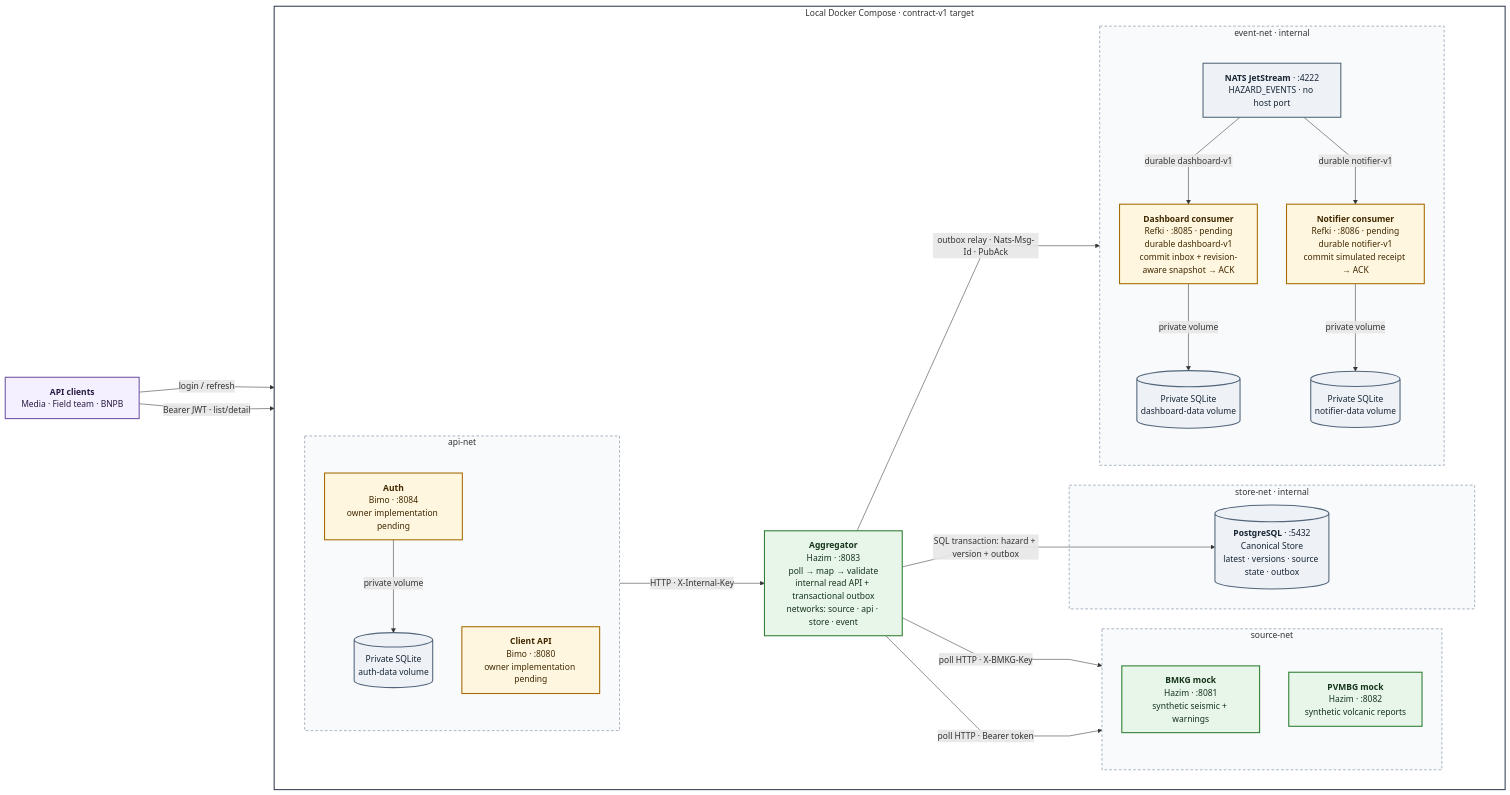
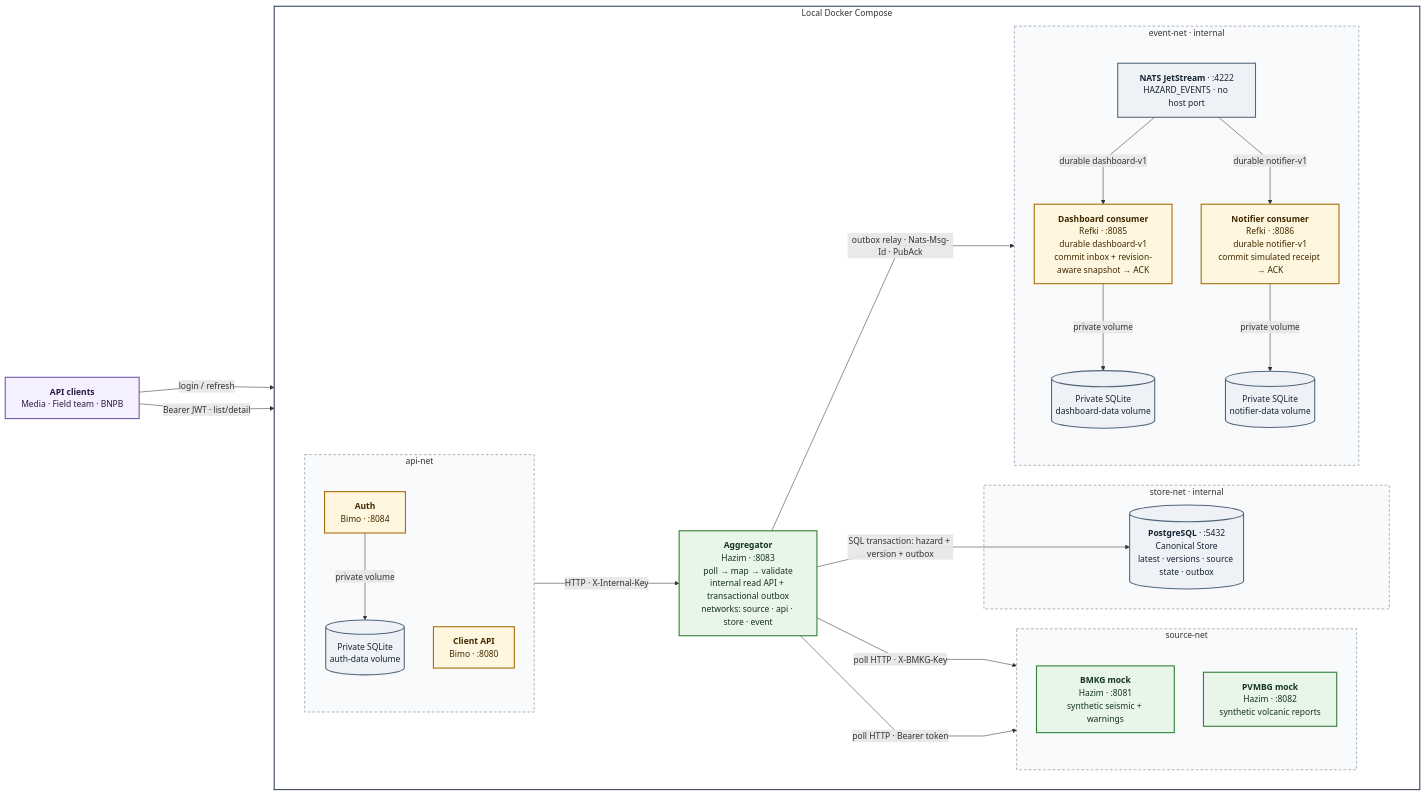
One commit to ryonlunar/tugas-besar-AAT changed the diagram in docs/assets/arch.mmd. Above: the diagram before and after it, drawn with Mermaid. The commit also changed 86 other files, not shown here.

First line of the commit message:
feat: integrate M1 services and durable event consumers (#2)

```diff
--- a/docs/assets/arch.mmd
+++ b/docs/assets/arch.mmd
@@ -1,66 +1,65 @@
-%% Contract-v1 full target architecture; owner labels reflect the active worktree.
-%% Bimo/Refki application services are boundary scaffolds here, not runnable images.
+%% M1 runtime architecture.
 %%{init: {"flowchart": {"htmlLabels": true, "nodeSpacing": 55, "rankSpacing": 90, "curve": "linear"}}}%%
 flowchart LR
     clients["<b>API clients</b><br/>Media · Field team · BNPB"]
 
-    subgraph compose["Local Docker Compose · contract-v1 target"]
+    subgraph compose["Local Docker Compose"]
         direction LR
 
         subgraph apiNet["api-net"]
             direction TB
-            auth["<b>Auth</b><br/>Bimo · :8084<br/>owner implementation pending"]
+            auth["<b>Auth</b><br/>Bimo · :8084"]
             authDB[("Private SQLite<br/>auth-data volume")]
-            clientAPI["<b>Client API</b><br/>Bimo · :8080<br/>owner implementation pending"]
+            clientAPI["<b>Client API</b><br/>Bimo · :8080"]
         end
 
         subgraph sourceNet["source-net"]
             direction TB
             bmkg["<b>BMKG mock</b><br/>Hazim · :8081<br/>synthetic seismic + warnings"]
             pvmbg["<b>PVMBG mock</b><br/>Hazim · :8082<br/>synthetic volcanic reports"]
         end
 
         aggregator["<b>Aggregator</b><br/>Hazim · :8083<br/>poll → map → validate<br/>internal read API + transactional outbox<br/>networks: source · api · store · event"]
 
         subgraph storeNet["store-net · internal"]
             postgres[("<b>PostgreSQL</b> · :5432<br/>Canonical Store<br/>latest · versions · source state · outbox")]
         end
 
         subgraph eventNet["event-net · internal"]
             direction TB
             nats["<b>NATS JetStream</b> · :4222<br/>HAZARD_EVENTS · no host port"]
-            dashboard["<b>Dashboard consumer</b><br/>Refki · :8085 · pending<br/>durable dashboard-v1<br/>commit inbox + revision-aware snapshot → ACK"]
+            dashboard["<b>Dashboard consumer</b><br/>Refki · :8085<br/>durable dashboard-v1<br/>commit inbox + revision-aware snapshot → ACK"]
             dashboardDB[("Private SQLite<br/>dashboard-data volume")]
-            notifier["<b>Notifier consumer</b><br/>Refki · :8086 · pending<br/>durable notifier-v1<br/>commit simulated receipt → ACK"]
+            notifier["<b>Notifier consumer</b><br/>Refki · :8086<br/>durable notifier-v1<br/>commit simulated receipt → ACK"]
             notifierDB[("Private SQLite<br/>notifier-data volume")]
         end
     end
 
     clients -->|"login / refresh"| auth
     clients -->|"Bearer JWT · list/detail"| clientAPI
     auth -->|"private volume"| authDB
     clientAPI -->|"HTTP · X-Internal-Key"| aggregator
     aggregator -->|"poll HTTP · X-BMKG-Key"| bmkg
     aggregator -->|"poll HTTP · Bearer token"| pvmbg
     aggregator -->|"SQL transaction: hazard + version + outbox"| postgres
     aggregator -->|"outbox relay · Nats-Msg-Id · PubAck"| nats
     nats -->|"durable dashboard-v1"| dashboard
     dashboard -->|"private volume"| dashboardDB
     nats -->|"durable notifier-v1"| notifier
     notifier -->|"private volume"| notifierDB
 
     classDef hazim fill:#E8F5E9,stroke:#2E7D32,stroke-width:2px,color:#15351B;
-    classDef pending fill:#FFF6DF,stroke:#A66A00,stroke-width:2px,color:#402900;
+    classDef application fill:#FFF6DF,stroke:#A66A00,stroke-width:2px,color:#402900;
     classDef infra fill:#EEF2F7,stroke:#52657A,stroke-width:2px,color:#172433;
     classDef actor fill:#F5F0FF,stroke:#7054A3,stroke-width:2px,color:#291B42;
 
     class bmkg,pvmbg,aggregator hazim;
-    class auth,clientAPI,dashboard,notifier pending;
+    class auth,clientAPI,dashboard,notifier application;
     class authDB,postgres,nats,dashboardDB,notifierDB infra;
     class clients actor;
 
     style compose fill:#FFFFFF,stroke:#334155,stroke-width:2px
     style apiNet fill:#F8FAFC,stroke:#64748B,stroke-dasharray:5 4
     style sourceNet fill:#F8FAFC,stroke:#64748B,stroke-dasharray:5 4
     style storeNet fill:#F8FAFC,stroke:#64748B,stroke-dasharray:5 4
     style eventNet fill:#F8FAFC,stroke:#64748B,stroke-dasharray:5 4
```
